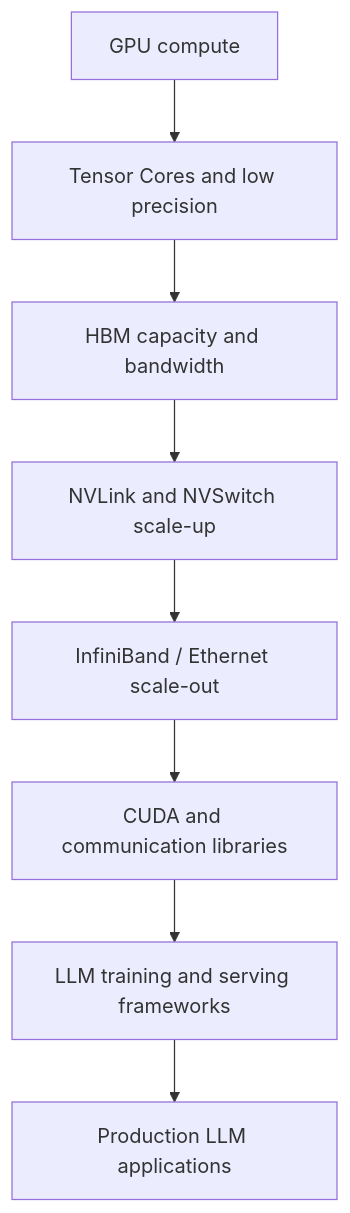
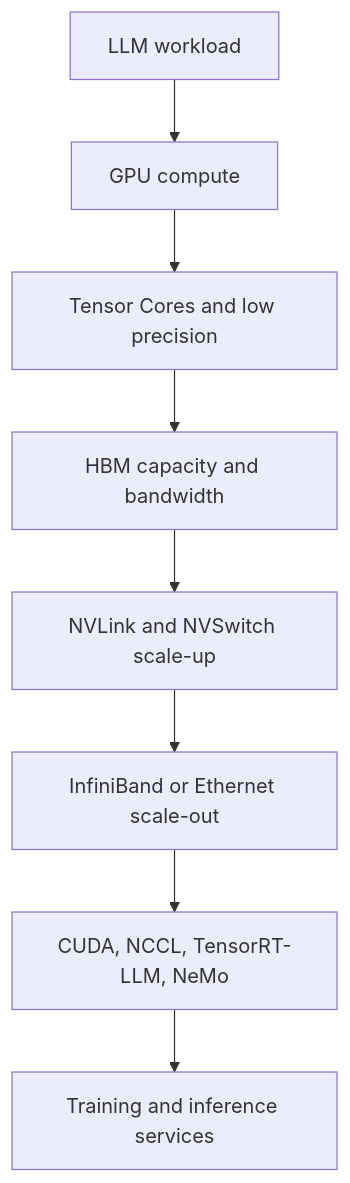
The first of 3 diagrams in nvidia/01_latest_nvidia_platforms.md (nawab-ali/mlsys-prep), drawn with Mermaid before and after one commit. The commit also changed other lines of this file and 6 other files, not shown here.

````diff
--- a/nvidia/01_latest_nvidia_platforms.md
+++ b/nvidia/01_latest_nvidia_platforms.md
@@ -73,10 +48,10 @@
 ```mermaid
 flowchart TB
-    A[GPU compute] --> B[Tensor Cores and low precision]
-    B --> C[HBM capacity and bandwidth]
-    C --> D[NVLink and NVSwitch scale-up]
-    D --> E[InfiniBand / Ethernet scale-out]
-    E --> F[CUDA and communication libraries]
-    F --> G[LLM training and serving frameworks]
-    G --> H[Production LLM applications]
+    A[LLM workload] --> B[GPU compute]
+    B --> C[Tensor Cores and low precision]
+    C --> D[HBM capacity and bandwidth]
+    D --> E[NVLink and NVSwitch scale-up]
+    E --> F[InfiniBand or Ethernet scale-out]
+    F --> G[CUDA, NCCL, TensorRT-LLM, NeMo]
+    G --> H[Training and inference services]
 ```
````
